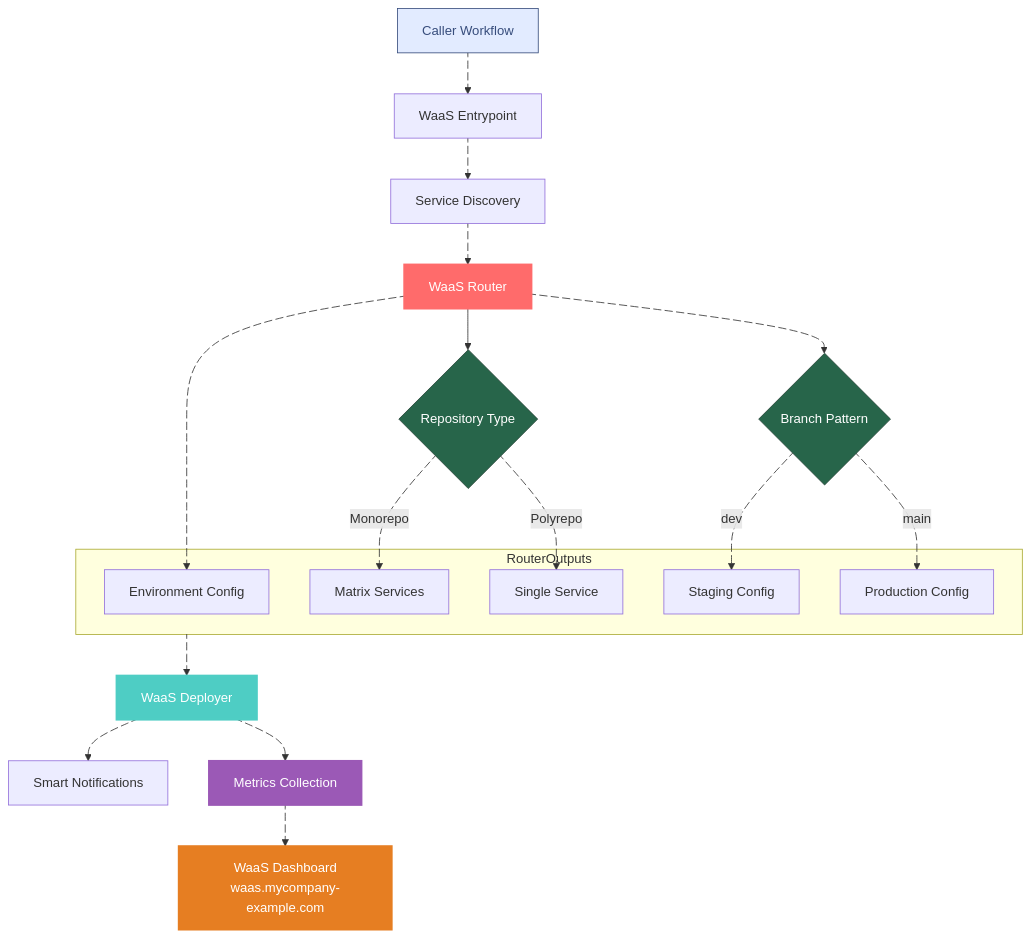
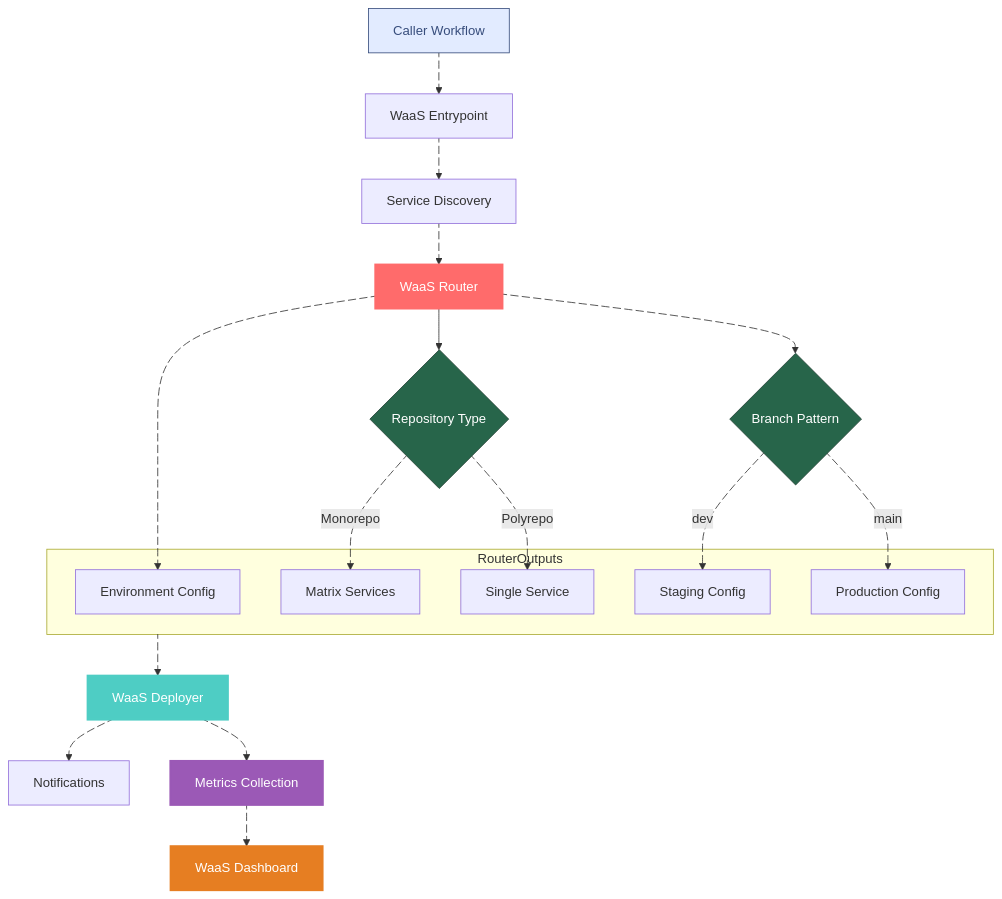
One commit to SeamlessOps/waas changed the first of 2 diagrams in .github/workflows/docs/WAAS.md. Above: the diagram before and after it, drawn with Mermaid. The commit also changed other lines of this file and 37 other files, not shown here.

Commit message:
waas CLI: services matrix and routing in Go; environments and branches declared in services.json; no client values in WaaS

````diff
--- a/.github/workflows/docs/WAAS.md
+++ b/.github/workflows/docs/WAAS.md
@@ -15,50 +7,50 @@
 ```mermaid
 flowchart TB
  subgraph RouterOutputs["RouterOutputs"]
         E["Environment Config"]
         I["Matrix Services"]
         J["Single Service"]
         L["Staging Config"]
         M["Production Config"]
   end
     A["Caller Workflow"] L_A_B_0@--> B["WaaS Entrypoint"]
     B L_B_C_0@--> C["Service Discovery"]
     C L_C_D_0@--> D["WaaS Router"]
     D --> H{"Repository Type"} & K{"Branch Pattern"} & E
     H L_H_I_0@-- Monorepo --> I
     H L_H_J_0@-- Polyrepo --> J
     K L_K_L_0@-- dev --> L
     K L_K_M_0@-- main --> M
     RouterOutputs L_RouterOutputs_F_0@--> F["WaaS Deployer"]
-    F L_F_G_0@--> G["Smart Notifications"]
+    F L_F_G_0@--> G["Notifications"]
     F L_F_N_0@--> N["Metrics Collection"]
-    N L_N_O_0@--> O["WaaS Dashboard<br/>waas.mycompany-example.com"]
+    N L_N_O_0@--> O["WaaS Dashboard"]
 
      A:::Sky
      D:::Router
      H:::Pine
      K:::Pine
      F:::Deployer
      N:::Metrics
      O:::Dashboard
     classDef Router stroke-width:2px, stroke:#ff6b6b, fill:#ff6b6b, color:white
     classDef Deployer stroke-width:2px, stroke:#4ecdc4, fill:#4ecdc4, color:white
     classDef Metrics stroke-width:2px, stroke:#9b59b6, fill:#9b59b6, color:white
     classDef Dashboard stroke-width:2px, stroke:#e67e22, fill:#e67e22, color:white
     classDef Pine stroke-width:1px, stroke-dasharray:none, stroke:#254336, fill:#27654A, color:#FFFFFF
     classDef Sky stroke-width:1px, stroke-dasharray:none, stroke:#374D7C, fill:#E2EBFF, color:#374D7C
 
     L_A_B_0@{ animation: fast } 
     L_B_C_0@{ animation: fast } 
     L_C_D_0@{ animation: fast } 
     L_D_K_0@{ animation: fast } 
     L_D_E_0@{ animation: fast } 
     L_H_I_0@{ animation: fast } 
     L_H_J_0@{ animation: fast } 
     L_K_L_0@{ animation: fast } 
     L_K_M_0@{ animation: fast } 
     L_RouterOutputs_F_0@{ animation: fast } 
     L_F_G_0@{ animation: fast }  
     L_F_N_0@{ animation: fast }
     L_N_O_0@{ animation: fast }
 ```
````
